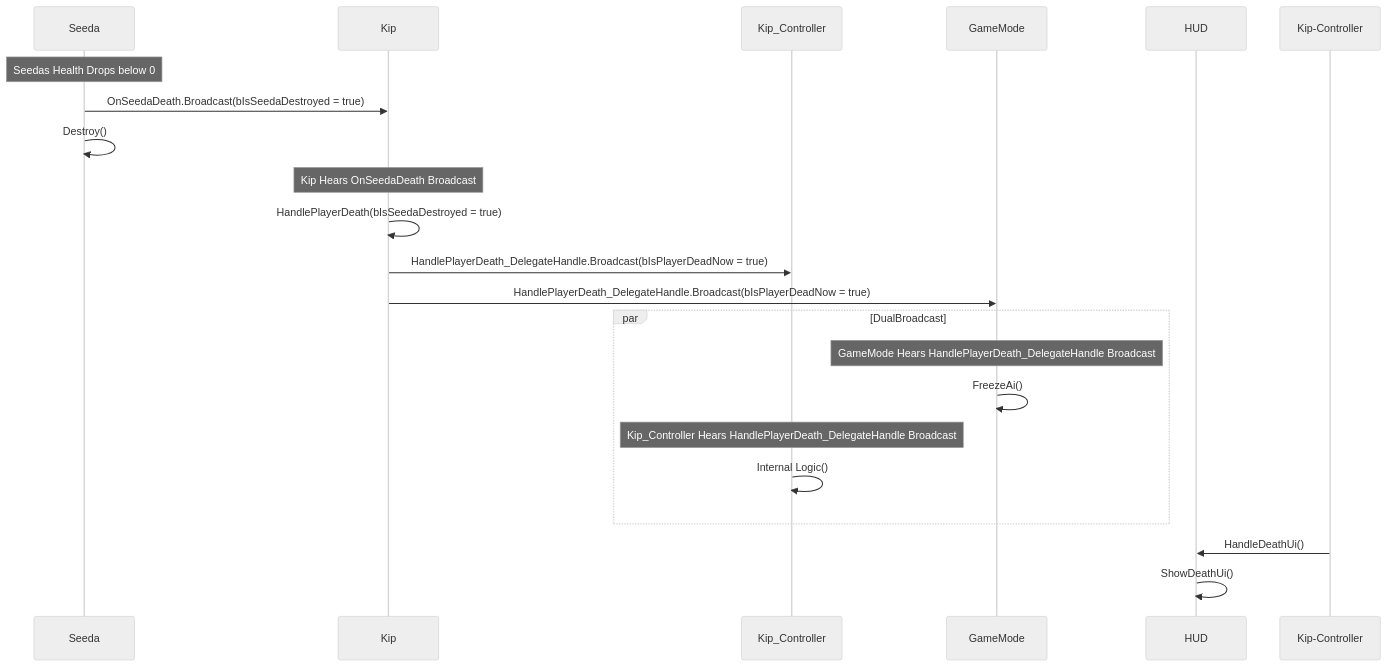
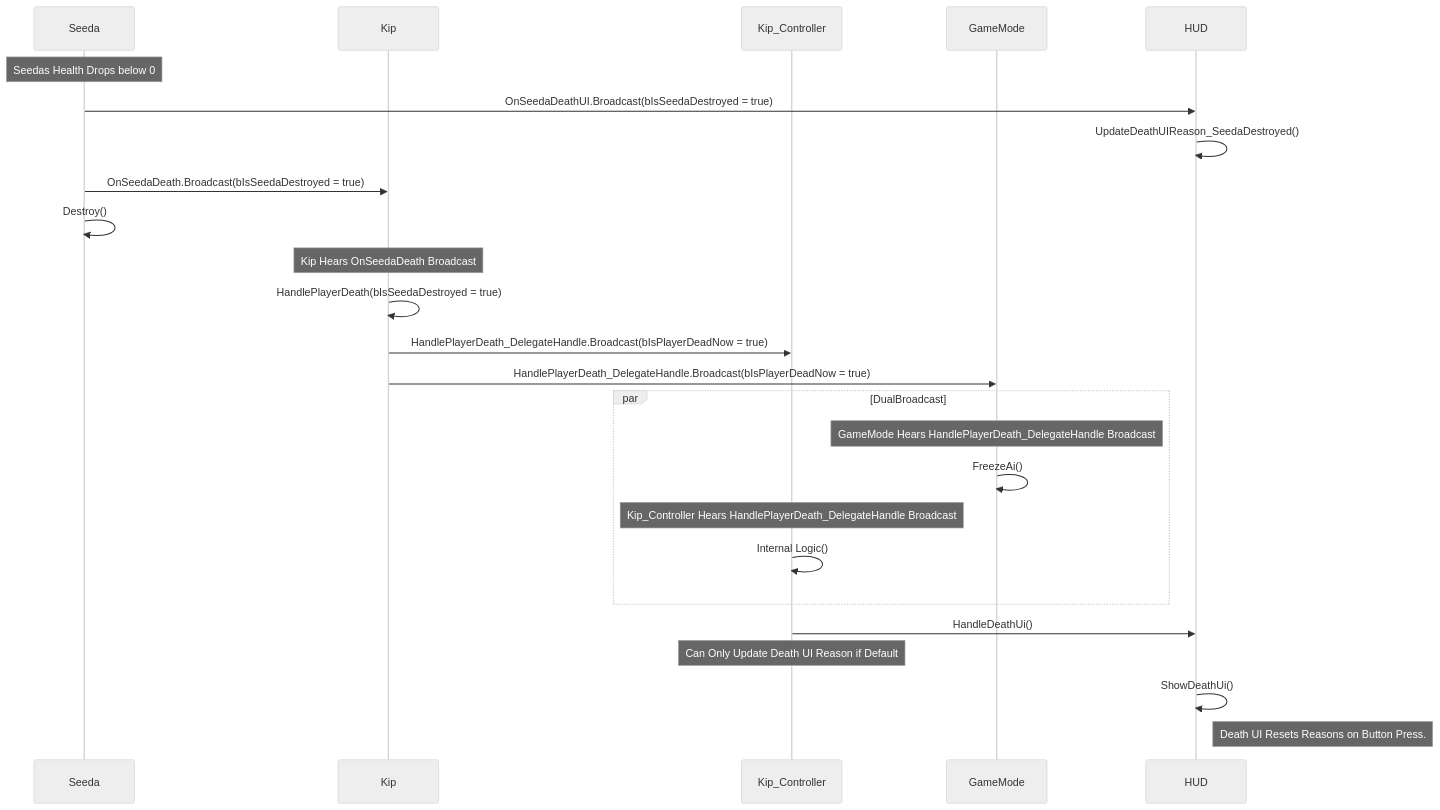
One commit to unrealrobin/timbermvp changed the diagram in Docs/SeedaDeath.md. Above: the diagram before and after it, drawn with Mermaid (neutral theme). The commit also changed other lines of this file and 6 other files, not shown here.

Commit message:
Fixed Death Ui Reason Logic to properly Display whether the wave failed due to the Data Seed being destroyed or Kip being destroyed. See MD for visual flow.

````diff
--- a/Docs/SeedaDeath.md
+++ b/Docs/SeedaDeath.md
@@ -6,25 +6,29 @@
 ```mermaid
 sequenceDiagram
     participant Seeda
     participant Kip
     participant Kip_Controller
     participant GameMode
     participant HUD
     
     note over Seeda: Seedas Health Drops below 0
+    Seeda->>HUD: OnSeedaDeathUI.Broadcast(bIsSeedaDestroyed = true)
+    HUD->>HUD: UpdateDeathUIReason_SeedaDestroyed();
     Seeda->>Kip: OnSeedaDeath.Broadcast(bIsSeedaDestroyed = true)
     Seeda->>Seeda: Destroy();
     note over Kip: Kip Hears OnSeedaDeath Broadcast
     Kip->>Kip: HandlePlayerDeath(bIsSeedaDestroyed = true)
     Kip->>Kip_Controller: HandlePlayerDeath_DelegateHandle.Broadcast(bIsPlayerDeadNow = true)
     Kip->>GameMode: HandlePlayerDeath_DelegateHandle.Broadcast(bIsPlayerDeadNow = true)
     par DualBroadcast 
     note over GameMode: GameMode Hears HandlePlayerDeath_DelegateHandle Broadcast
     GameMode->>GameMode: FreezeAi()
     note over Kip_Controller: Kip_Controller Hears HandlePlayerDeath_DelegateHandle Broadcast
     Kip_Controller->>Kip_Controller: Internal Logic()
     end
-    Kip-Controller->>HUD: HandleDeathUi()
+    Kip_Controller->>HUD: HandleDeathUi()
+    note over Kip_Controller: Can Only Update Death UI Reason if Default
     HUD->>HUD: ShowDeathUi()
+    note right of HUD: Death UI Resets Reasons on Button Press.
 
 ```
````
